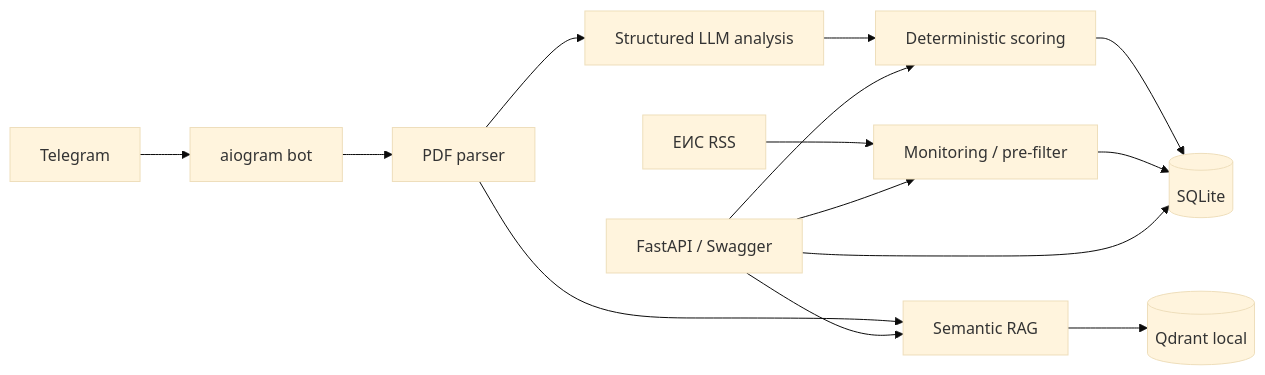
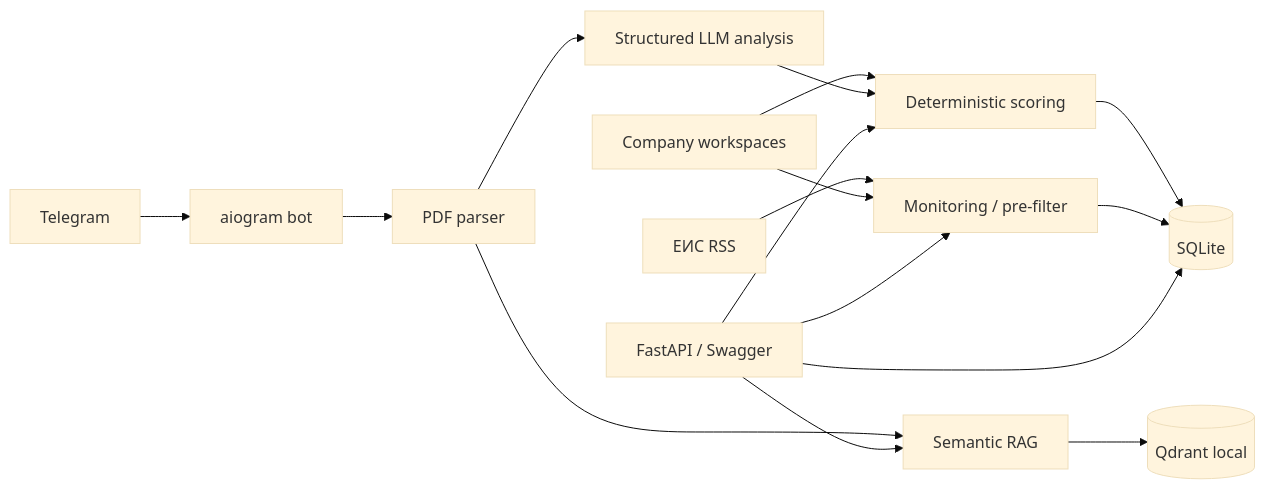
One commit to Ramzes2023/TenderLens-AI changed the diagram in README.md. Above: the diagram before and after it, drawn with Mermaid (base theme). The commit also changed other lines of this file and 30 other files, not shown here.

````diff
--- a/README.md
+++ b/README.md
@@ -21,16 +22,18 @@
 ```mermaid
 flowchart LR
     TG[Telegram] --> BOT[aiogram bot]
     EIS[ЕИС RSS] --> MON[Monitoring / pre-filter]
+    CO[Company workspaces] --> MON
+    CO --> SCORE
     BOT --> PDF[PDF parser]
     PDF --> LLM[Structured LLM analysis]
     LLM --> SCORE[Deterministic scoring]
     PDF --> RAG[Semantic RAG]
     RAG --> QD[(Qdrant local)]
     SCORE --> DB[(SQLite)]
     MON --> DB
     API[FastAPI / Swagger] --> DB
     API --> SCORE
     API --> RAG
     API --> MON
 ```
````
